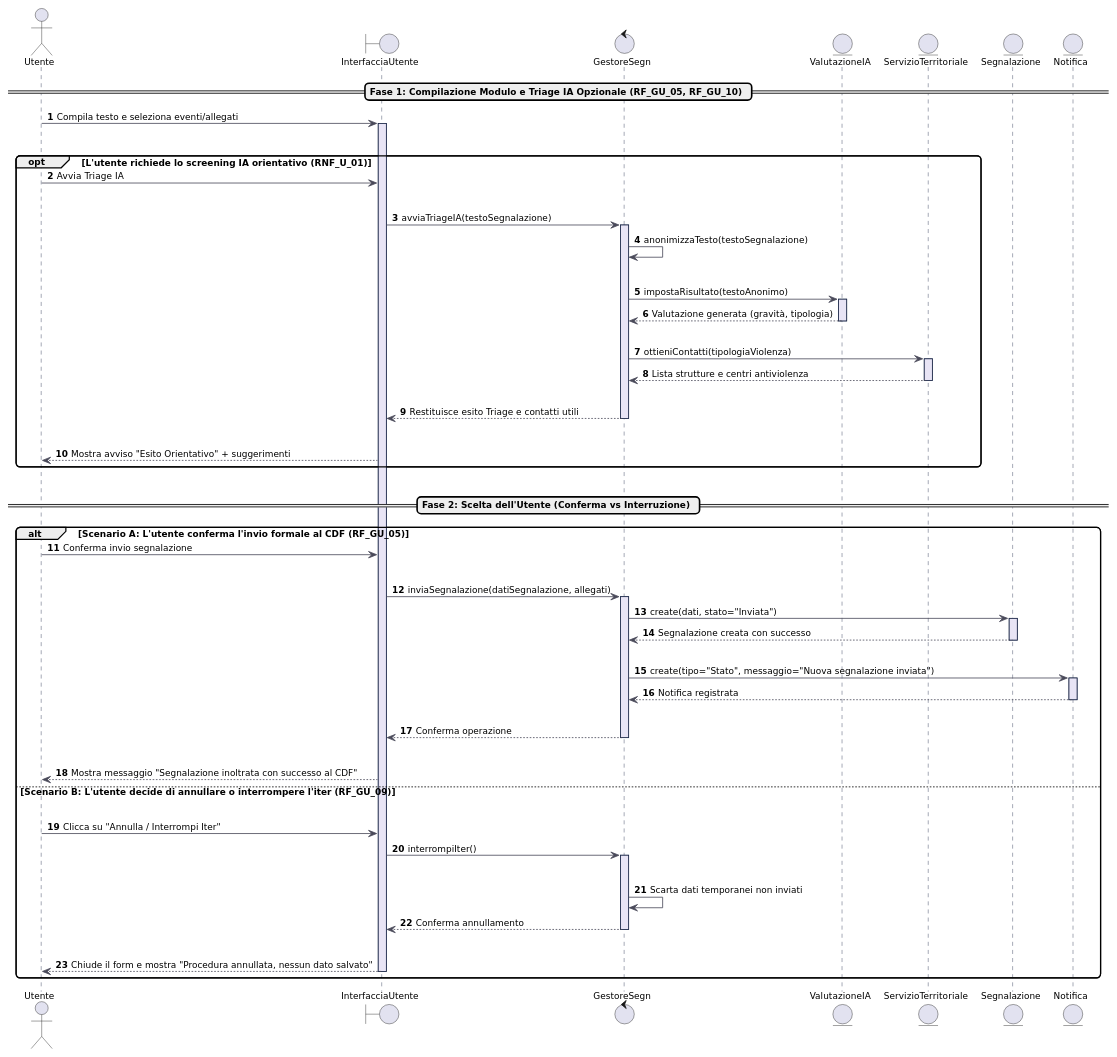
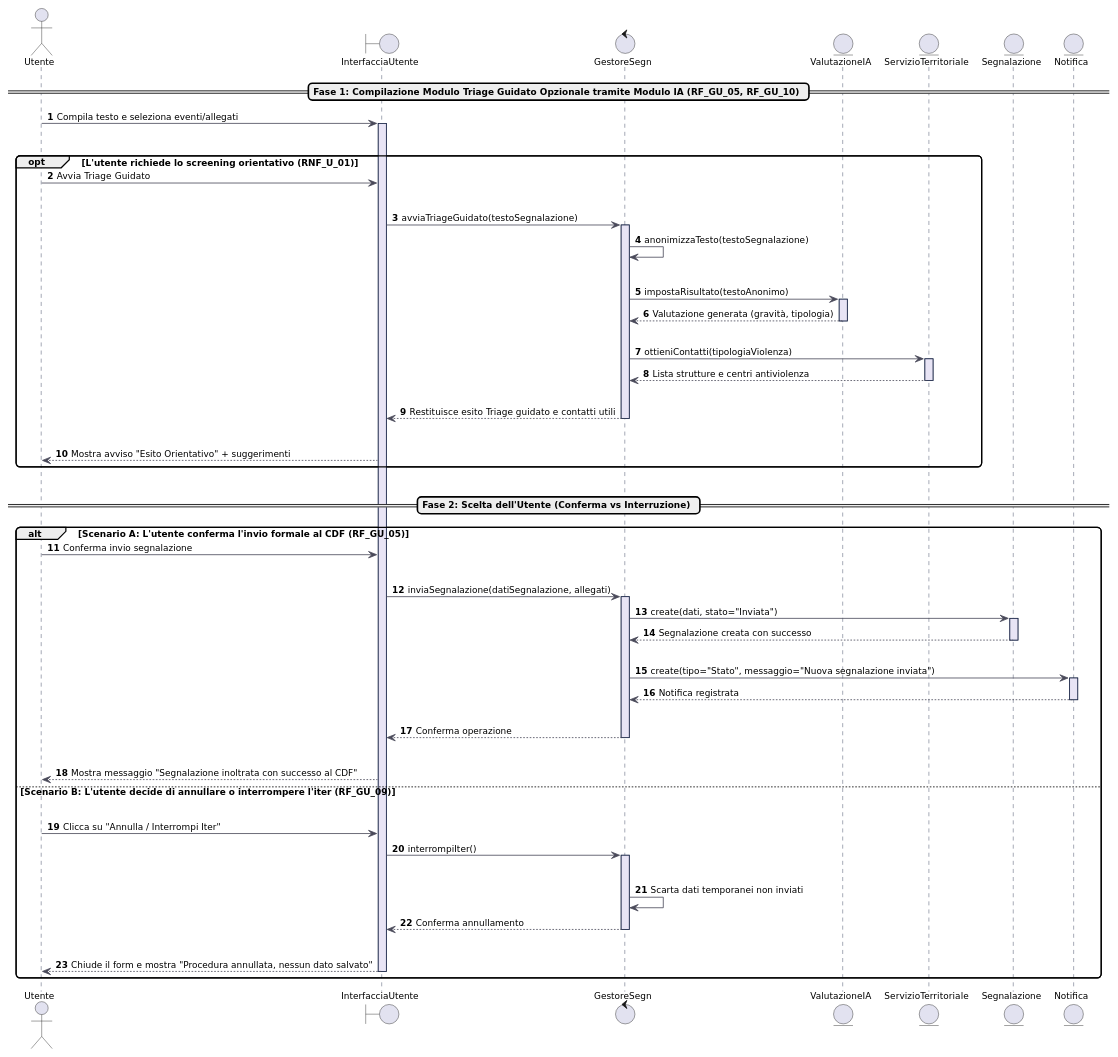
One commit to pharos-oss/pharos changed the diagram in docs/models/sequence/SD_01_Invio_Segnalazione_Utente.puml. Above: the diagram before and after it, drawn with PlantUML. The commit also changed 10 other files, not shown here.

Commit message:
fix: corrette le definizioni nel glossario, aggiunti relativi riferimenti al glossario, aggiornati i diagrammi, aggiornata tabella degli oggetti

```diff
--- a/docs/models/sequence/SD_01_Invio_Segnalazione_Utente.puml
+++ b/docs/models/sequence/SD_01_Invio_Segnalazione_Utente.puml
@@ -1,131 +1,131 @@
 @startuml SD_01_InvioSegnalazioneTriage
 skinparam shadowing false
 skinparam defaultFontName "DejaVu Sans"
 skinparam defaultFontSize 11
 skinparam roundcorner 10
 skinparam BoxPadding 10
 
 skinparam sequence {
     ArrowColor #4A4A5A
     LifeLineBorderColor #1E2A4A
     LifeLineBackgroundColor #E8E4F5
     ParticipantBorderColor #1E2A4A
     ParticipantBackgroundColor White
     ParticipantFontColor #1E2A4A
     BoxBackgroundColor #F8F9FA
     BoxBorderColor #D0D0D0
 }
 
 autonumber
 
 actor "Utente" as U
 boundary "InterfacciaUtente" as IU
 control "GestoreSegn" as GS
 entity "ValutazioneIA" as VIA
 entity "ServizioTerritoriale" as ST
 entity "Segnalazione" as S
 entity "Notifica" as N
 
-== Fase 1: Compilazione Modulo e Triage IA Opzionale (RF_GU_05, RF_GU_10) ==
+== Fase 1: Compilazione Modulo Triage Guidato Opzionale tramite Modulo IA (RF_GU_05, RF_GU_10) ==
 
 U -> IU : Compila testo e seleziona eventi/allegati
 activate IU
 
 |||
 
-opt L'utente richiede lo screening IA orientativo (RNF_U_01)
-    U -> IU : Avvia Triage IA
+opt L'utente richiede lo screening orientativo (RNF_U_01)
+    U -> IU : Avvia Triage Guidato
     
     |||
     
-    IU -> GS : avviaTriageIA(testoSegnalazione)
+    IU -> GS : avviaTriageGuidato(testoSegnalazione)
     activate GS
     
     ' Garantisce l'anonimizzazione preventiva e la policy zero-retention (RNF_L_01, RNF_IM_02)
     GS -> GS : anonimizzaTesto(testoSegnalazione)
     
     |||
     
     ' Interrogazione stateless con vincolo temporale <= 5s (RNF_P_01)
     GS -> VIA : impostaRisultato(testoAnonimo)
     activate VIA
     VIA --> GS : Valutazione generata (gravità, tipologia)
     deactivate VIA
     
     ||20||
     
     ' Recupero dei servizi territoriali consigliati in base all'esito (RF_GU_11)
     GS -> ST : ottieniContatti(tipologiaViolenza)
     activate ST
     ST --> GS : Lista strutture e centri antiviolenza
     deactivate ST
     
     ||20||
     
-    GS --> IU : Restituisce esito Triage e contatti utili
+    GS --> IU : Restituisce esito Triage guidato e contatti utili
     deactivate GS
     
     |||
     
     IU --> U : Mostra avviso "Esito Orientativo" + suggerimenti
 end
 
 ||20||
 
 == Fase 2: Scelta dell'Utente (Conferma vs Interruzione) ==
 
 alt Scenario A: L'utente conferma l'invio formale al CDF (RF_GU_05)
 
     U -> IU : Conferma invio segnalazione
     
     |||
     
     IU -> GS : inviaSegnalazione(datiSegnalazione, allegati)
     activate GS
     
     ' Creazione entità Segnalazione
     GS -> S : create(dati, stato="Inviata")
     activate S
     S --> GS : Segnalazione creata con successo
     deactivate S
     
     ||20||
     
     ' Creazione e notifica al CDF (RF_GU_07)
     GS -> N : create(tipo="Stato", messaggio="Nuova segnalazione inviata")
     activate N
     N --> GS : Notifica registrata
     deactivate N
     
     ||20||
     
     GS --> IU : Conferma operazione
     deactivate GS
     
     |||
     
     IU --> U : Mostra messaggio "Segnalazione inoltrata con successo al CDF"
 
 else Scenario B: L'utente decide di annullare o interrompere l'iter (RF_GU_09)
 
     |||
 
     U -> IU : Clicca su "Annulla / Interrompi Iter"
     IU -> GS : interrompiIter()
     activate GS
     
     |||
     
     GS -> GS : Scarta dati temporanei non inviati
     GS --> IU : Conferma annullamento
     deactivate GS
     
     |||
     
     IU --> U : Chiude il form e mostra "Procedura annullata, nessun dato salvato"
 
     deactivate IU
 
 end
 
 @enduml
```
